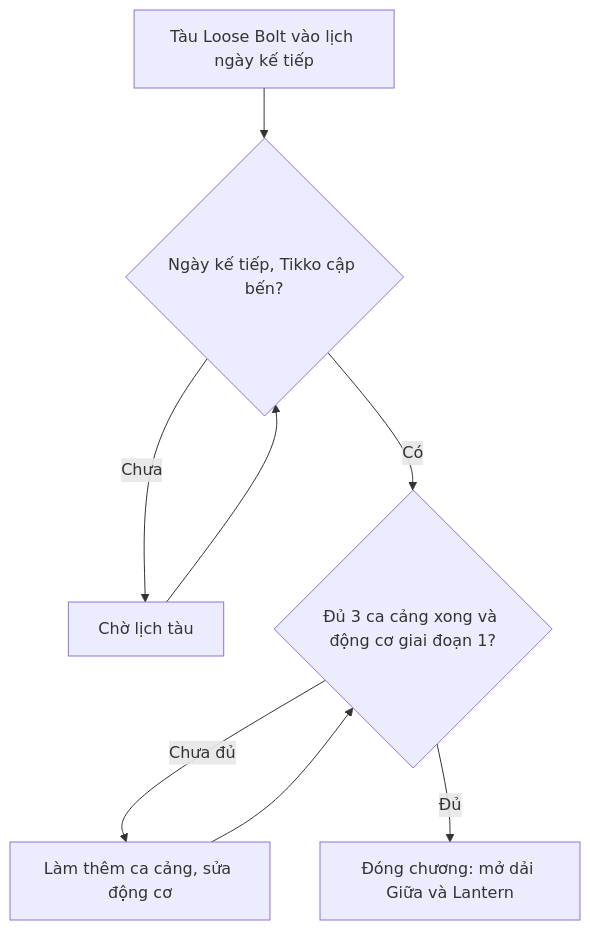
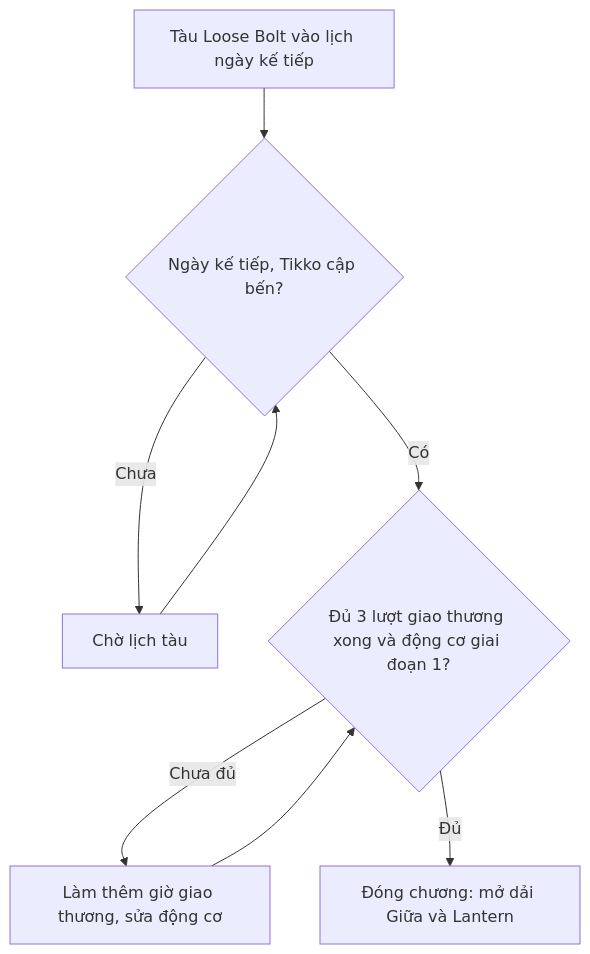
The third of 3 diagrams in projects/game-moi/book/phan-2/09-cot-truyen-ket-thuc.md (huycv18/DATN-SP27), drawn with Mermaid before and after one commit. The commit also changed other lines of this file and 81 other files, not shown here.

Commit message:
Đổi tên ca cảng thành Giờ Giao Thương (Trade Hour): GDD, Book, TSV 25 tab, strings, sim, tool, prompt agent. Đếm là lượt giao thương, nút Mở bán, Nghỉ bán, màn Tổng kết giao thương. Luật và số giữ nguyên, sim kinh tế chạy lại không đổi số

````diff
--- a/projects/game-moi/book/phan-2/09-cot-truyen-ket-thuc.md
+++ b/projects/game-moi/book/phan-2/09-cot-truyen-ket-thuc.md
@@ -85,10 +85,10 @@
 ```mermaid
 flowchart TD
   I["Tàu Loose Bolt vào lịch ngày kế tiếp"] --> J{"Ngày kế tiếp, Tikko cập bến?"}
   J -->|Chưa| K["Chờ lịch tàu"]
   K --> J
-  J -->|Có| L{"Đủ 3 ca cảng xong và động cơ giai đoạn 1?"}
-  L -->|Chưa đủ| M["Làm thêm ca cảng, sửa động cơ"]
+  J -->|Có| L{"Đủ 3 lượt giao thương xong và động cơ giai đoạn 1?"}
+  L -->|Chưa đủ| M["Làm thêm giờ giao thương, sửa động cơ"]
   M --> L
   L -->|Đủ| N["Đóng chương: mở dải Giữa và Lantern"]
 ```
````
